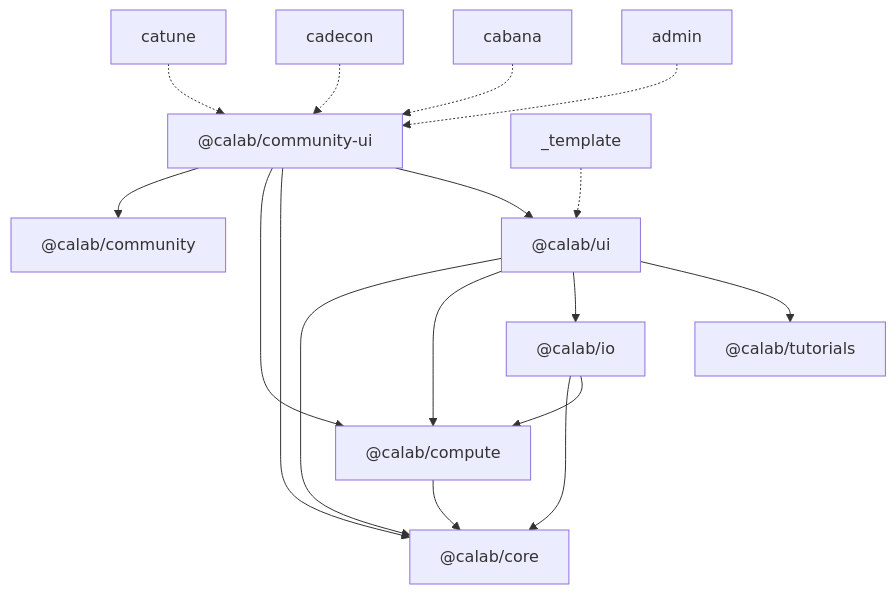
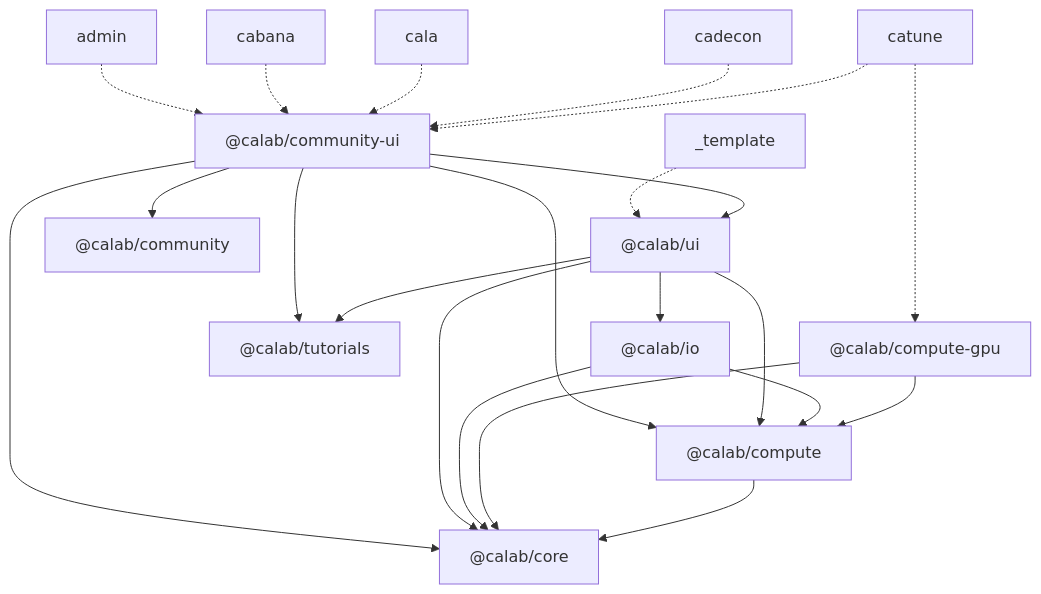
Before and after one commit to miniscope/CaLab: the diagram in docs/ARCHITECTURE.md, drawn with Mermaid. The commit also changed other lines of this file and 2 other files, not shown here.

Commit message:
docs: refresh ARCHITECTURE and links for calab.miniscope.org

````diff
--- a/docs/ARCHITECTURE.md
+++ b/docs/ARCHITECTURE.md
@@ -97,26 +109,32 @@
 ```mermaid
 graph TD
   core["@calab/core"]
   compute["@calab/compute"]
   io["@calab/io"]
   tutorials["@calab/tutorials"]
   ui["@calab/ui"]
   community["@calab/community"]
   cui["@calab/community-ui"]
   compute --> core
+  gpu["@calab/compute-gpu"]
+  gpu --> compute
+  gpu --> core
   io --> core
   io --> compute
   ui --> core
   ui --> compute
   ui --> io
   ui --> tutorials
   cui --> community
   cui --> compute
   cui --> core
+  cui --> tutorials
   cui --> ui
   catune -.-> cui
   cadecon -.-> cui
+  catune -.-> gpu
+  cala -.-> cui
   cabana -.-> cui
   admin -.-> cui
   template["_template"] -.-> ui
 ```
````
